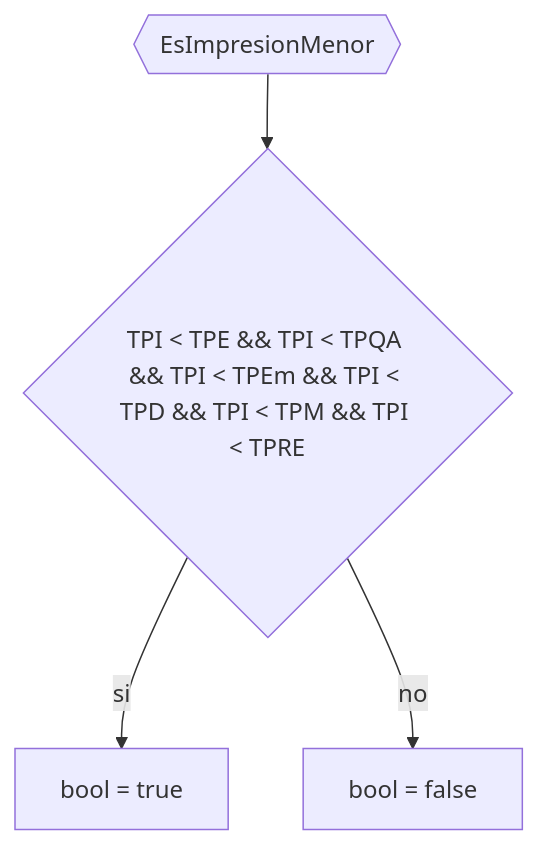
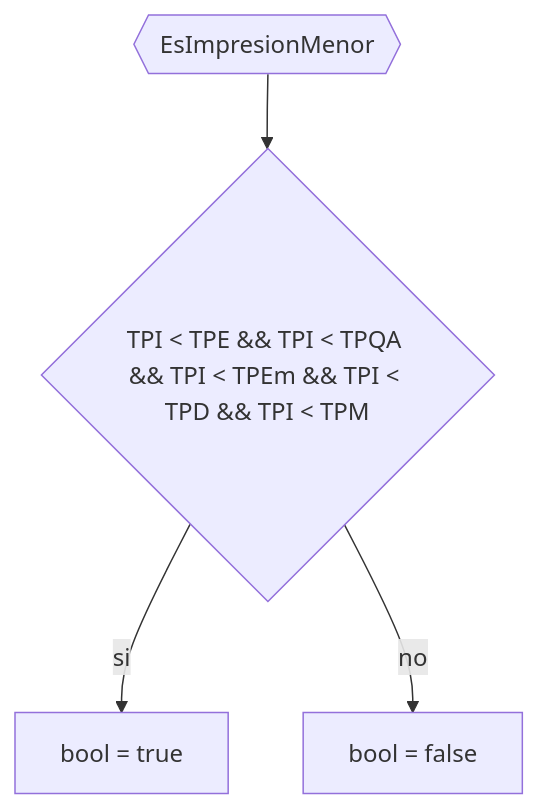
Before and after one commit to JuanManuelPrividera/TP-Simu: the diagram in docs/Diagramas/init/EsImpresionMenor.mermaid, drawn with Mermaid. The commit also changed 32 other files, not shown here.

```diff
--- a/docs/Diagramas/init/EsImpresionMenor.mermaid
+++ b/docs/Diagramas/init/EsImpresionMenor.mermaid
@@ -1,4 +1,4 @@
 flowchart TD
-    aa{{EsImpresionMenor}} --> if0{"TPI < TPE && TPI < TPQA && TPI < TPEm && TPI < TPD && TPI < TPM && TPI < TPRE"}
+    aa{{EsImpresionMenor}} --> if0{"TPI < TPE && TPI < TPQA && TPI < TPEm && TPI < TPD && TPI < TPM"}
     if0 --> |si| a[bool = true]
     if0 --> |no| a1[bool = false]
```
